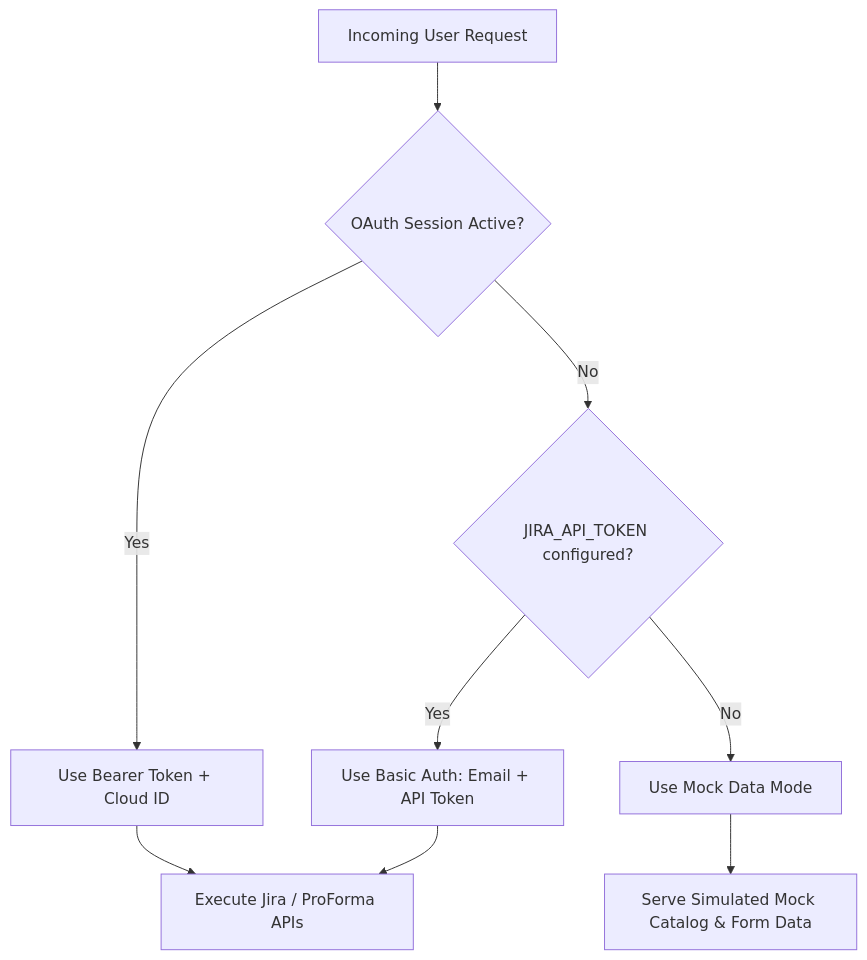
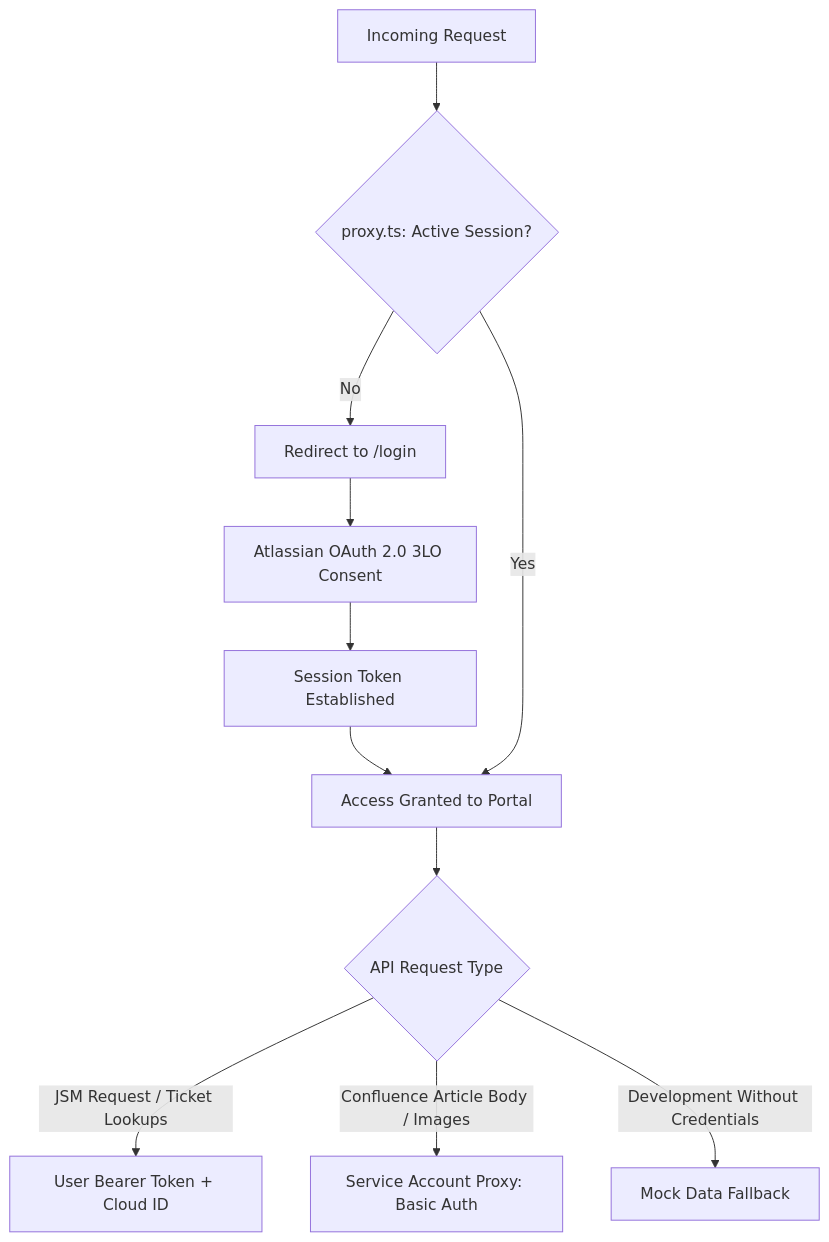
Before and after one commit to Ameerusa86/jsm-portal-frontend---prod: the diagram in README.md, drawn with Mermaid. The commit also changed other lines of this file and 60 other files, not shown here.

Commit message:
feat: initialize Jira Service Management portal application with ticketing and knowledge base features

````diff
--- a/README.md
+++ b/README.md
@@ -27,12 +28,14 @@
 ```mermaid
 flowchart TD
-    A[Incoming User Request] --> B{OAuth Session Active?}
-    B -- Yes --> C[Use Bearer Token + Cloud ID]
-    B -- No --> D{JIRA_API_TOKEN configured?}
-    D -- Yes --> E[Use Basic Auth: Email + API Token]
-    D -- No --> F[Use Mock Data Mode]
+    A[Incoming Request] --> B{proxy.ts: Active Session?}
+    B -- No --> C[Redirect to /login]
+    C --> D[Atlassian OAuth 2.0 3LO Consent]
+    D --> E[Session Token Established]
+    E --> F[Access Granted to Portal]
     
-    C --> G[Execute Jira / ProForma APIs]
-    E --> G
-    F --> H[Serve Simulated Mock Catalog & Form Data]
+    B -- Yes --> F
+    F --> G{API Request Type}
+    G -- JSM Request / Ticket Lookups --> H[User Bearer Token + Cloud ID]
+    G -- Confluence Article Body / Images --> I[Service Account Proxy: Basic Auth]
+    G -- Development Without Credentials --> J[Mock Data Fallback]
 ```
````
